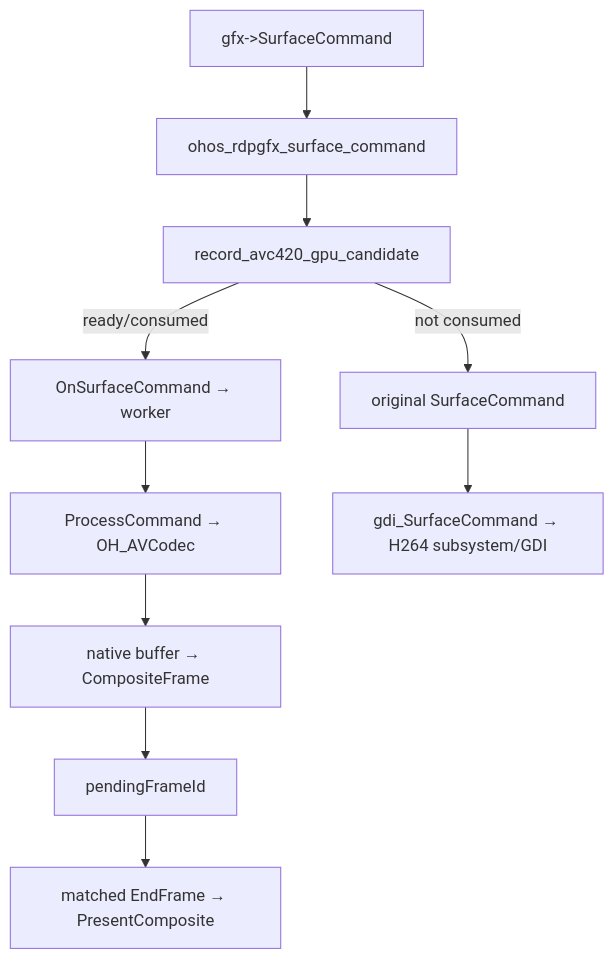
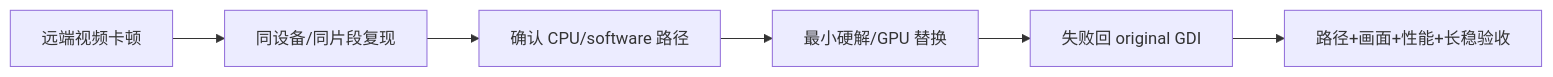
The fourth of 15 diagrams in harmonyos-sdd-ralph-workshop.md (xiaomu120413/harmonyos-sdd-ralph-workshop), drawn with Mermaid before and after one commit. The commit also changed other lines of this file and 8 other files, not shown here.

First line of the commit message:
docs(gpu): rebuild slides 28-38 evidence flow

````diff
--- a/harmonyos-sdd-ralph-workshop.md
+++ b/harmonyos-sdd-ralph-workshop.md
@@ -1649,12 +1570,5 @@
 ```mermaid
-flowchart TD
-    A["gfx->SurfaceCommand"] --> B["ohos_rdpgfx_surface_command"]
-    B --> C["record_avc420_gpu_candidate"]
-    C -->|ready/consumed| D["OnSurfaceCommand → worker"]
-    D --> E["ProcessCommand → OH_AVCodec"]
-    E --> F["native buffer → CompositeFrame"]
-    F --> G["pendingFrameId"]
-    G --> H["matched EndFrame → PresentComposite"]
-    C -->|not consumed| I["original SurfaceCommand"]
-    I --> J["gdi_SurfaceCommand → H264 subsystem/GDI"]
+flowchart LR
+  A["远端视频卡顿"] --> B["同设备/同片段复现"] --> C["确认 CPU/software 路径"]
+  C --> D["最小硬解/GPU 替换"] --> E["失败回 original GDI"] --> F["路径+画面+性能+长稳验收"]
 ```
````
